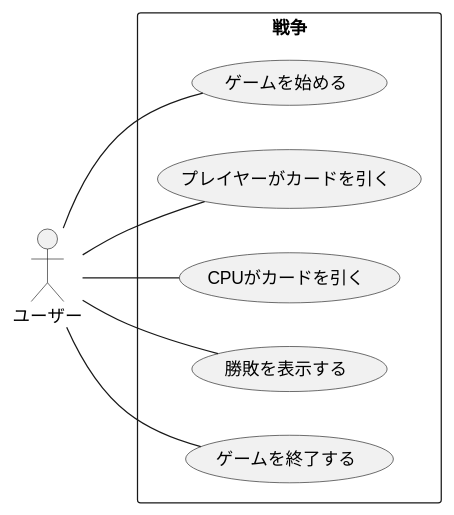
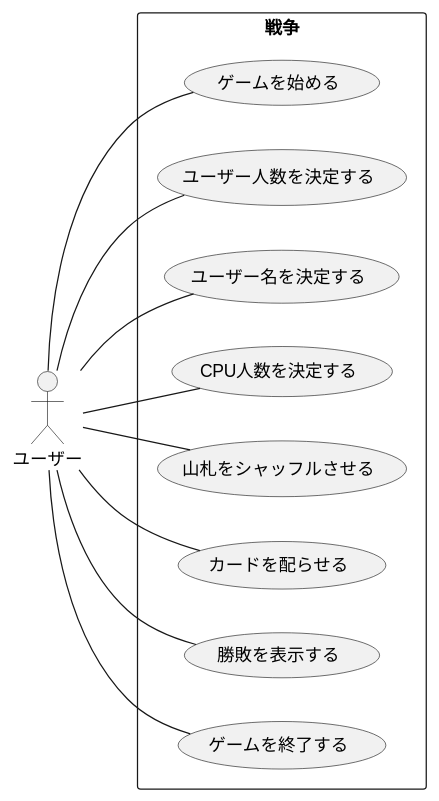
The first of 10 diagrams in uml/CardGame/doc/design.md (hachimitu22/study), drawn with PlantUML before and after one commit. The commit also changed other lines of this file, not shown here.

Commit message:
シーケンス図を複数人で遊べるように修正

````diff
--- a/uml/CardGame/doc/design.md
+++ b/uml/CardGame/doc/design.md
@@ -18,14 +19,17 @@
 ```plantuml
 @startuml
 left to right direction
 actor ユーザー
 
 rectangle 戦争 {
   ユーザー -- (ゲームを始める)
-  ユーザー -- (プレイヤーがカードを引く)
-  ユーザー -- (CPUがカードを引く)
+  ユーザー -- (ユーザー人数を決定する)
+  ユーザー -- (ユーザー名を決定する)
+  ユーザー -- (CPU人数を決定する)
+  ユーザー -- (山札をシャッフルさせる)
+  ユーザー -- (カードを配らせる)
   ユーザー -- (勝敗を表示する)
   ユーザー -- (ゲームを終了する)
 }
 @enduml
 ```
````
